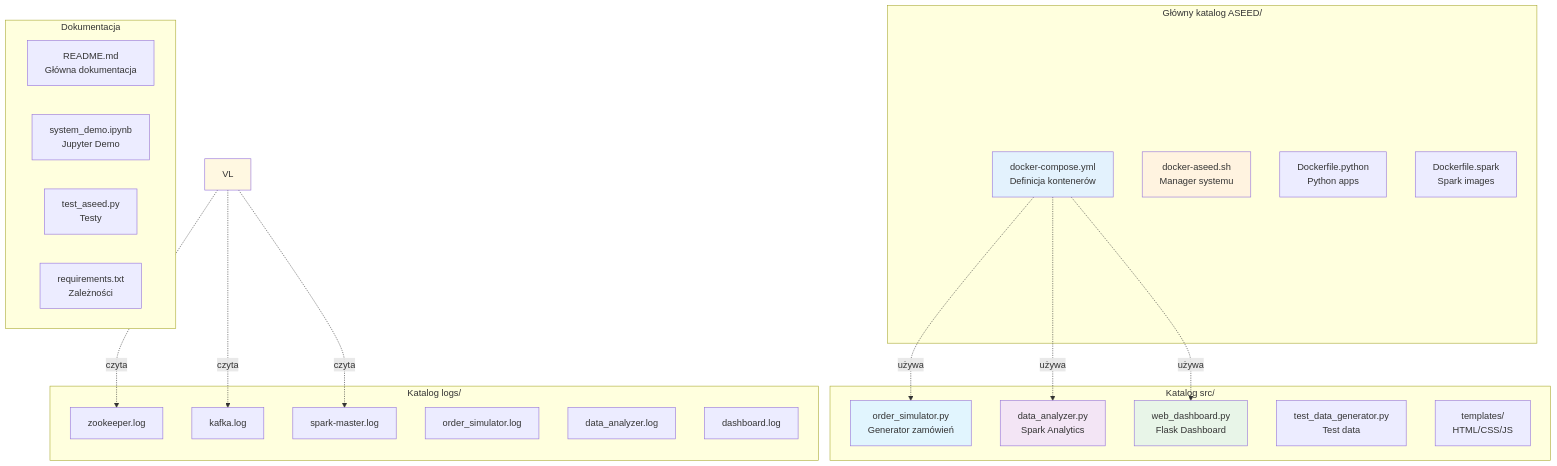
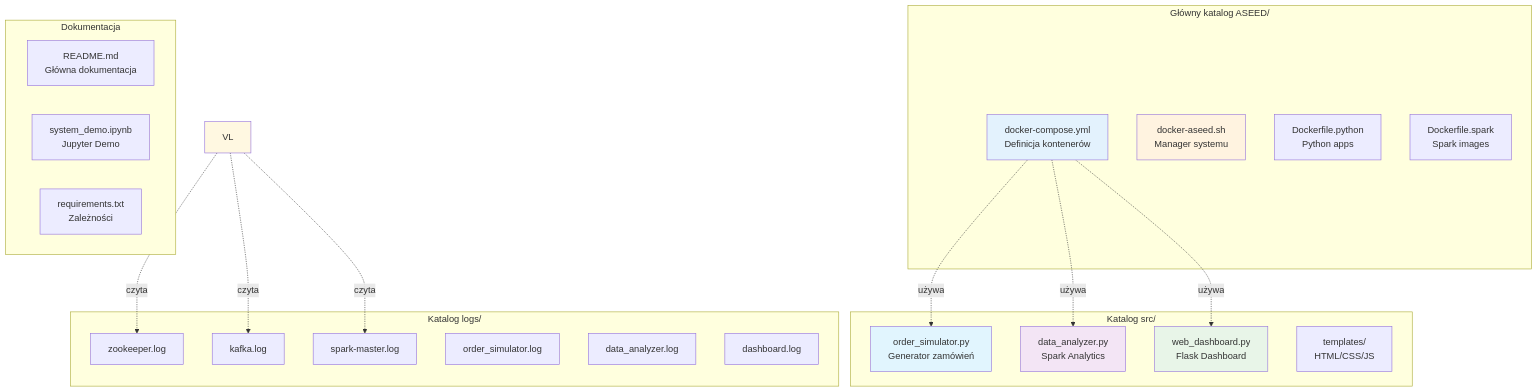
One commit to NatanTulo/ASEED changed the third of 4 diagrams in README.md. Above: the diagram before and after it, drawn with Mermaid. The commit also changed other lines of this file and 2 other files, not shown here.

Commit message:
usunięcie test

````diff
--- a/README.md
+++ b/README.md
@@ -251,47 +249,45 @@
 ```mermaid
 graph TB
     subgraph "Główny katalog ASEED/"
         DC[docker-compose.yml<br/>Definicja kontenerów]
         DS[docker-aseed.sh<br/>Manager systemu]
         DF1[Dockerfile.python<br/>Python apps]
         DF2[Dockerfile.spark<br/>Spark images]
     end
     
     subgraph "Katalog src/"
         OS[order_simulator.py<br/>Generator zamówień]
         DA[data_analyzer.py<br/>Spark Analytics]
         WD[web_dashboard.py<br/>Flask Dashboard]
-        TG[test_data_generator.py<br/>Test data]
         TM[templates/<br/>HTML/CSS/JS]
     end
     
     subgraph "Katalog logs/"
         L1[zookeeper.log]
         L2[kafka.log]  
         L3[spark-master.log]
         L4[order_simulator.log]
         L5[data_analyzer.log]
         L6[dashboard.log]
     end
     
     subgraph "Dokumentacja"
         RM[README.md<br/>Główna dokumentacja]
         JN[system_demo.ipynb<br/>Jupyter Demo]  
-        TA[test_aseed.py<br/>Testy]
         RT[requirements.txt<br/>Zależności]
     end
     
     DC -.->|używa| OS
     DC -.->|używa| DA
     DC -.->|używa| WD
     VL -.->|czyta| L1
     VL -.->|czyta| L2
     VL -.->|czyta| L3
     
     style DC fill:#e3f2fd
     style DS fill:#fff3e0
     style OS fill:#e1f5fe
     style DA fill:#f3e5f5
     style WD fill:#e8f5e8
     style VL fill:#fff8e1
 ```
````
